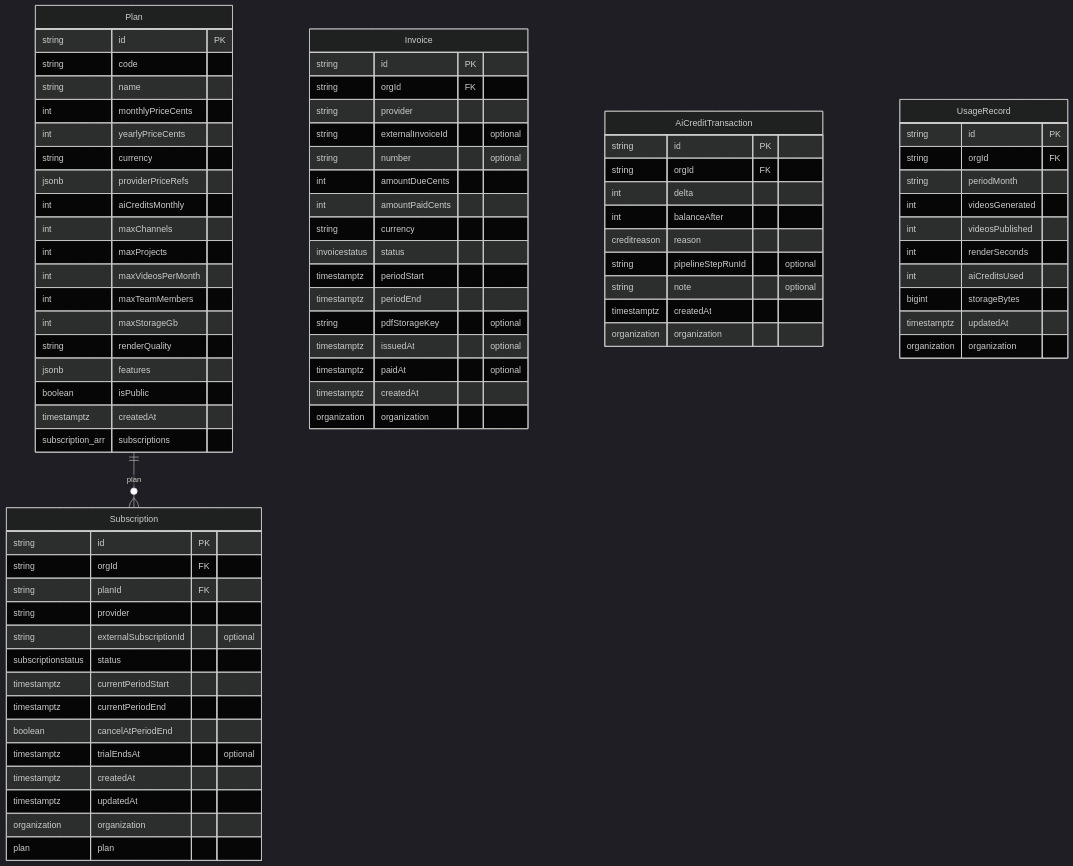
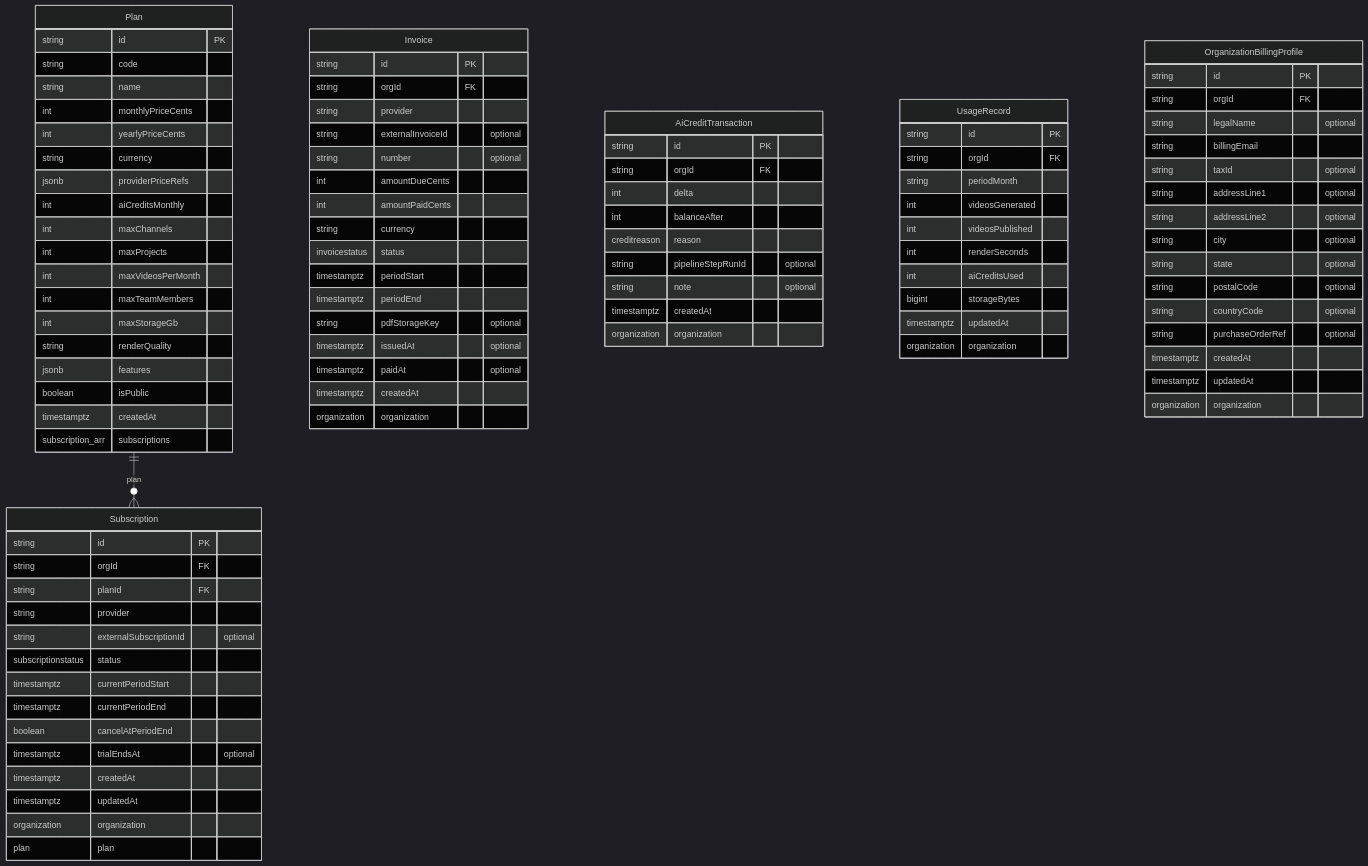
Before and after one commit to aalgume2-ship-it/auto-publisher-ai: the third of 9 diagrams in docs/diagrams/database-er.md, drawn with Mermaid (dark theme). The commit also changed other lines of this file and 3 other files, not shown here.

First line of the commit message:
feat(database): Department + OrganizationBillingProfile models, Team.departmentId (ADR-027)

````diff
--- a/docs/diagrams/database-er.md
+++ b/docs/diagrams/database-er.md
@@ -654,5 +680,22 @@
     timestamptz updatedAt
     organization organization
   }
+  OrganizationBillingProfile {
+    string id PK
+    string orgId FK
+    string legalName "optional"
+    string billingEmail
+    string taxId "optional"
+    string addressLine1 "optional"
+    string addressLine2 "optional"
+    string city "optional"
+    string state "optional"
+    string postalCode "optional"
+    string countryCode "optional"
+    string purchaseOrderRef "optional"
+    timestamptz createdAt
+    timestamptz updatedAt
+    organization organization
+  }
   Plan ||--o{ Subscription : "plan"
 ```
````
